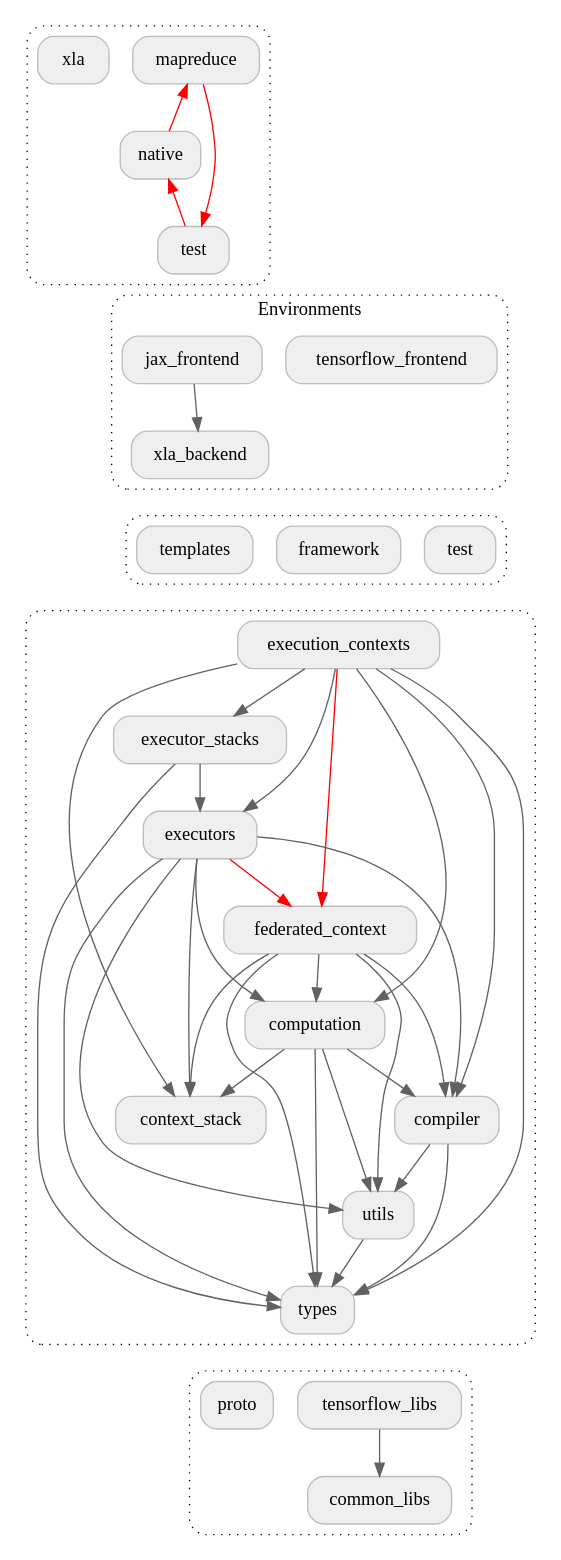
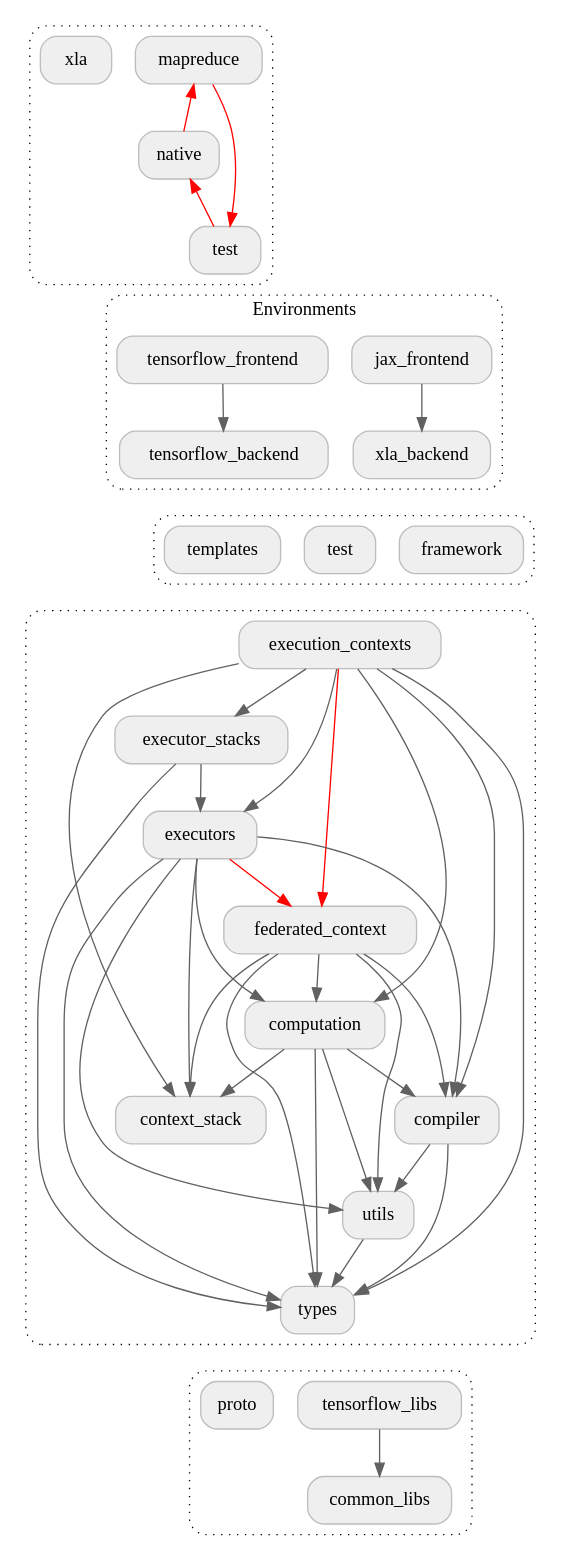
The diagram in docs/design/package_structure_core.dot (google-parfait/tensorflow-federated), drawn with Graphviz before and after one commit. The commit also changed 16 other files, not shown here.

Commit message:
Move some of the `tensorflow` compiler to the `environments/tensorflow_backend` package.

```diff
--- a/docs/design/package_structure_core.dot
+++ b/docs/design/package_structure_core.dot
@@ -1,98 +1,100 @@
 digraph {
   graph [style="dotted,rounded"]
   node [shape="box", style="rounded,filled", fillcolor="#efefef", color="#bdbdbd"]
   edge [color="#616161"]
 
   subgraph cluster_backends {
     graph [href="https://github.com/tensorflow/federated/blob/main/tensorflow_federated/python/core/backends" target="_parent"]
     mapreduce [href="https://github.com/tensorflow/federated/blob/main/tensorflow_federated/python/core/backends/mapreduce" target="_parent"]
     native [href="https://github.com/tensorflow/federated/blob/main/tensorflow_federated/python/core/backends/native" target="_parent"]
     backends_test [label="test", href="https://github.com/tensorflow/federated/blob/main/tensorflow_federated/python/core/backends/test" target="_parent"]
     xla [href="https://github.com/tensorflow/federated/blob/main/tensorflow_federated/python/core/backends/xla" target="_parent"]
   }
 
   // TODO: b/233800075 - Remove dependency from `native` to `mapreduce`.
   mapreduce -> native [dir=back, color="#ff0000"]
   // TODO: b/233800373 - Remove dependency from `test` to `native`.
   native -> backends_test [dir=back, color="#ff0000"]
   // TODO: b/233801300 - Remove dependency from `mapreduce` to `test`.
   mapreduce -> backends_test [color="#ff0000"]
   backends_test -> jax_frontend [arrowhead="none", style="invisible"]
   backends_test -> tensorflow_frontend [arrowhead="none", style="invisible"]
 
   subgraph cluster_environments {
     graph [label="Environments", href="https://github.com/tensorflow/federated/blob/main/tensorflow_federated/python/core/environments" target="_parent"]
     jax_frontend [href="https://github.com/tensorflow/federated/blob/main/tensorflow_federated/python/core/environments/jax_frontend" target="_parent"]
     xla_backend [href="https://github.com/tensorflow/federated/blob/main/tensorflow_federated/python/core/environments/xla_backend" target="_parent"]
     tensorflow_frontend [href="https://github.com/tensorflow/federated/blob/main/tensorflow_federated/python/core/environments/tensorflow_frontend" target="_parent"]
+    tensorflow_backend [href="https://github.com/tensorflow/federated/blob/main/tensorflow_federated/python/core/environments/tensorflow_backend" target="_parent"]
   }
 
   jax_frontend -> xla_backend
   xla_backend -> framework [arrowhead="none", style="invisible"]
   xla_backend -> test [arrowhead="none", style="invisible"]
   xla_backend -> templates [arrowhead="none", style="invisible"]
-  tensorflow_frontend -> framework [arrowhead="none", style="invisible"]
-  tensorflow_frontend -> test [arrowhead="none", style="invisible"]
-  tensorflow_frontend -> templates [arrowhead="none", style="invisible"]
+  tensorflow_frontend -> tensorflow_backend
+  tensorflow_backend -> framework [arrowhead="none", style="invisible"]
+  tensorflow_backend -> test [arrowhead="none", style="invisible"]
+  tensorflow_backend -> templates [arrowhead="none", style="invisible"]
 
   subgraph cluster_core_1 {
     framework [href="https://github.com/tensorflow/federated/blob/main/tensorflow_federated/python/core/framework" target="_parent"]
     test [href="https://github.com/tensorflow/federated/blob/main/tensorflow_federated/python/core/test" target="_parent"]
     templates [href="https://github.com/tensorflow/federated/blob/main/tensorflow_federated/python/core/templates" target="_parent"]
   }
 
   framework -> execution_contexts [arrowhead="none", style="invisible"]
   test -> execution_contexts [arrowhead="none", style="invisible"]
   templates -> execution_contexts [arrowhead="none", style="invisible"]
 
   subgraph cluster_core_2 {
     graph [href="https://github.com/tensorflow/federated/blob/main/tensorflow_federated/python/core/impl" target="_parent"]
     execution_contexts [href="https://github.com/tensorflow/federated/blob/main/tensorflow_federated/python/core/impl/execution_contexts" target="_parent"]
     executor_stacks [href="https://github.com/tensorflow/federated/blob/main/tensorflow_federated/python/core/impl/executor_stacks" target="_parent"]
     executors [href="https://github.com/tensorflow/federated/blob/main/tensorflow_federated/python/core/impl/executors" target="_parent"]
     federated_context [href="https://github.com/tensorflow/federated/blob/main/tensorflow_federated/python/core/impl/federated_context" target="_parent"]
     computation [href="https://github.com/tensorflow/federated/blob/main/tensorflow_federated/python/core/impl/computation" target="_parent"]
     compiler [href="https://github.com/tensorflow/federated/blob/main/tensorflow_federated/python/core/impl/compiler" target="_parent"]
     utils [href="https://github.com/tensorflow/federated/blob/main/tensorflow_federated/python/core/impl/utils" target="_parent"]
     types [href="https://github.com/tensorflow/federated/blob/main/tensorflow_federated/python/core/impl/types" target="_parent"]
     context_stack [href="https://github.com/tensorflow/federated/blob/main/tensorflow_federated/python/core/impl/context_stack" target="_parent"]
   }
 
   execution_contexts -> executor_stacks
   execution_contexts -> executors
   execution_contexts -> federated_context [color="#ff0000"]
   execution_contexts -> computation
   execution_contexts -> compiler
   execution_contexts -> types
   execution_contexts -> context_stack
   executor_stacks -> executors
   executor_stacks -> types
   executors -> federated_context [color="#ff0000"]
   executors -> computation
   executors -> compiler
   executors -> utils
   executors -> types
   executors -> context_stack
   federated_context -> computation
   federated_context -> compiler
   federated_context -> utils
   federated_context -> types
   federated_context -> context_stack
   computation -> compiler
   computation -> utils
   computation -> types
   computation -> context_stack
   compiler -> utils
   compiler -> types
   utils -> types
   types -> tensorflow_libs [arrowhead="none", style="invisible"]
   types -> proto [arrowhead="none", style="invisible"]
 
   subgraph cluster_core_3 {
     tensorflow_libs [href="https://github.com/tensorflow/federated/blob/main/tensorflow_federated/python/tensorflow_libs" target="_parent"]
     common_libs [href="https://github.com/tensorflow/federated/blob/main/tensorflow_federated/python/common_libs" target="_parent"]
     proto [href="https://github.com/tensorflow/federated/blob/main/tensorflow_federated/proto" target="_parent"]
   }
 
   tensorflow_libs -> common_libs
 }
```
